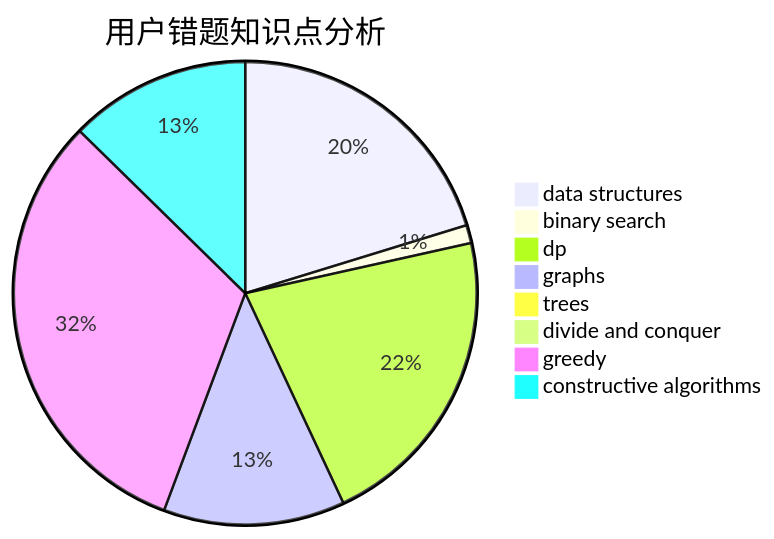
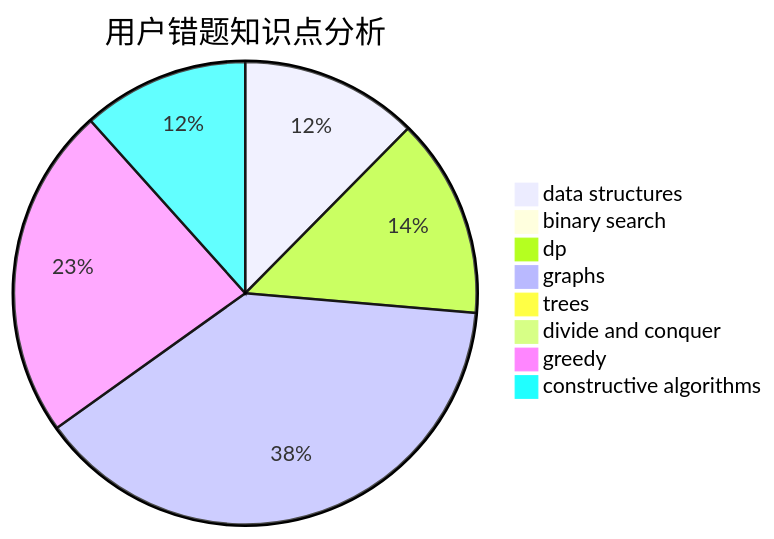
One commit to sherpahu/cfrs.github.io changed the third of 3 diagrams in docs/user/u345.md. Above: the diagram before and after it, drawn with Mermaid. The commit also changed other lines of this file and 2770 other files, not shown here.

````diff
--- a/docs/user/u345.md
+++ b/docs/user/u345.md
@@ -36,11 +36,11 @@
 ```mermaid
 pie title 用户错题知识点分析
     "data structures" :  16
     "binary search" :  1
-    "dp" :  17
-    "graphs" :  10
+    "dp" :  18
+    "graphs" :  50
     "trees" :  0
     "divide and conquer" :  0
-    "greedy" :  25
-    "constructive algorithms" :  10
+    "greedy" :  30
+    "constructive algorithms" :  15
 ```
````
